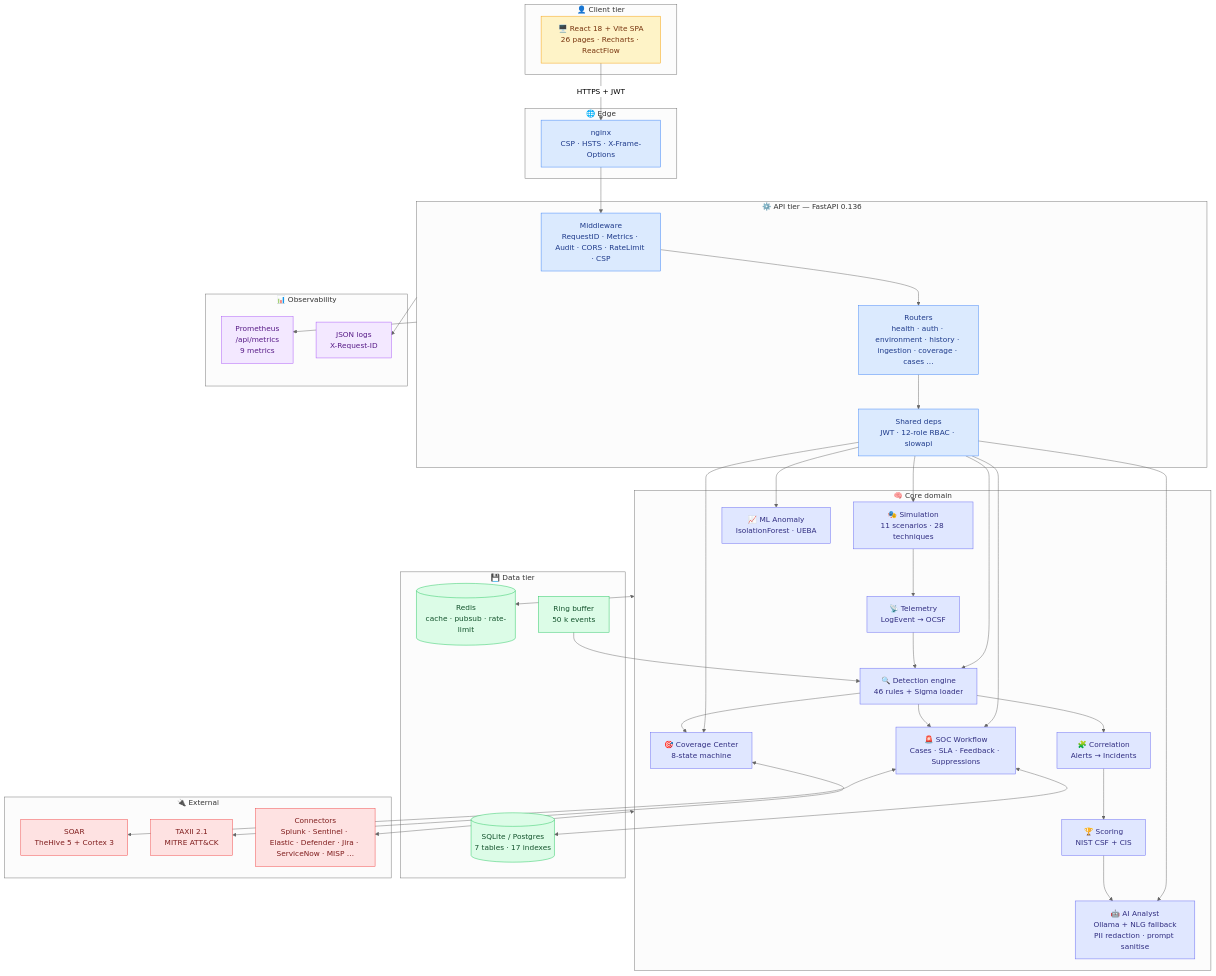
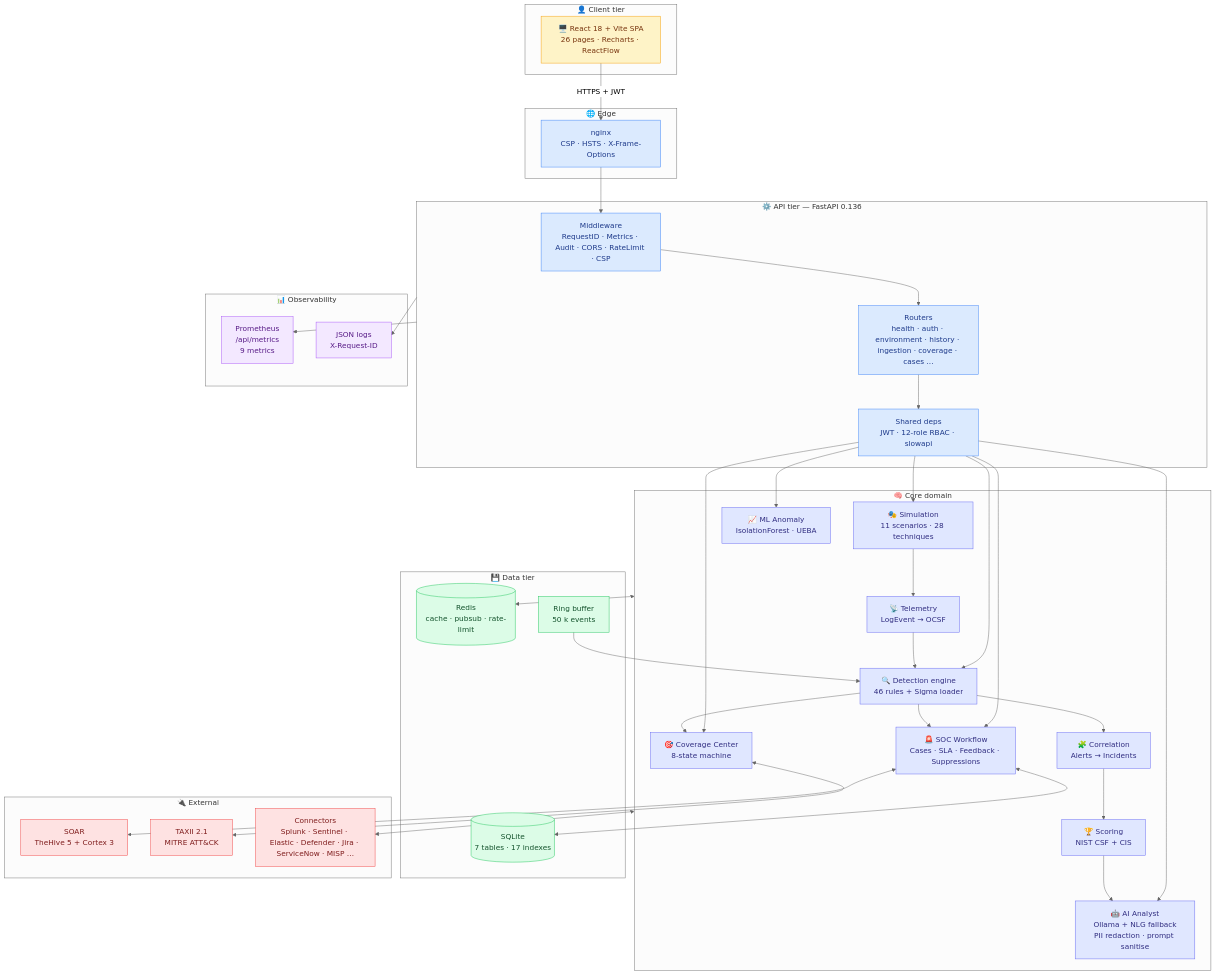
One commit to omarbabba779xx/CyberTwin-SOC changed the third of 12 diagrams in README.md. Above: the diagram before and after it, drawn with Mermaid (neutral theme). The commit also changed other lines of this file and 26 other files, not shown here.

````diff
--- a/README.md
+++ b/README.md
@@ -163,72 +163,72 @@
 ```mermaid
 flowchart TB
     subgraph Client["👤 Client tier"]
         UI["🖥️ React 18 + Vite SPA<br/>26 pages · Recharts · ReactFlow"]
     end
 
     subgraph Edge["🌐 Edge"]
         NX["nginx<br/>CSP · HSTS · X-Frame-Options"]
     end
 
     subgraph API["⚙️ API tier — FastAPI 0.136"]
         MW["Middleware<br/>RequestID · Metrics · Audit · CORS · RateLimit · CSP"]
         ROUT["Routers<br/>health · auth · environment · history · ingestion · coverage · cases …"]
         DEPS["Shared deps<br/>JWT · 12-role RBAC · slowapi"]
     end
 
     subgraph Core["🧠 Core domain"]
         SIM["🎭 Simulation<br/>11 scenarios · 28 techniques"]
         TEL["📡 Telemetry<br/>LogEvent → OCSF"]
         DET["🔍 Detection engine<br/>46 rules + Sigma loader"]
         COR["🧩 Correlation<br/>Alerts → Incidents"]
         SCO["🏆 Scoring<br/>NIST CSF + CIS"]
         AI["🤖 AI Analyst<br/>Ollama + NLG fallback<br/>PII redaction · prompt sanitise"]
         ANO["📈 ML Anomaly<br/>IsolationForest · UEBA"]
         SOC["🚨 SOC Workflow<br/>Cases · SLA · Feedback · Suppressions"]
         COV["🎯 Coverage Center<br/>8-state machine"]
     end
 
     subgraph Data["💾 Data tier"]
-        DB[("SQLite / Postgres<br/>7 tables · 17 indexes")]
+        DB[("SQLite<br/>7 tables · 17 indexes")]
         REDIS[("Redis<br/>cache · pubsub · rate-limit")]
         BUF["Ring buffer<br/>50 k events"]
     end
 
     subgraph Obs["📊 Observability"]
         PROM["Prometheus<br/>/api/metrics<br/>9 metrics"]
         LOG["JSON logs<br/>X-Request-ID"]
     end
 
     subgraph Ext["🔌 External"]
         SOAR["SOAR<br/>TheHive 5 + Cortex 3"]
         TAXII["TAXII 2.1<br/>MITRE ATT&CK"]
         CONN["Connectors<br/>Splunk · Sentinel · Elastic · Defender · Jira · ServiceNow · MISP …"]
     end
 
     UI -->|HTTPS + JWT| NX --> MW --> ROUT --> DEPS
     DEPS --> SIM & DET & SOC & COV & AI & ANO
     SIM --> TEL --> DET --> COR --> SCO --> AI
     DET --> SOC
     BUF --> DET
     SOC <--> DB
     DET --> COV
     Core <--> REDIS
     API --> PROM & LOG
     SOC <--> SOAR
     COV <--> TAXII
     Core <--> CONN
 
     classDef client fill:#fef3c7,stroke:#f59e0b,color:#78350f
     classDef api fill:#dbeafe,stroke:#3b82f6,color:#1e3a8a
     classDef core fill:#e0e7ff,stroke:#6366f1,color:#312e81
     classDef data fill:#dcfce7,stroke:#22c55e,color:#14532d
     classDef obs fill:#f3e8ff,stroke:#a855f7,color:#581c87
     classDef ext fill:#fee2e2,stroke:#ef4444,color:#7f1d1d
 
     class UI client
     class NX,MW,ROUT,DEPS api
     class SIM,TEL,DET,COR,SCO,AI,ANO,SOC,COV core
     class DB,REDIS,BUF data
     class PROM,LOG obs
     class SOAR,TAXII,CONN ext
 ```
````
